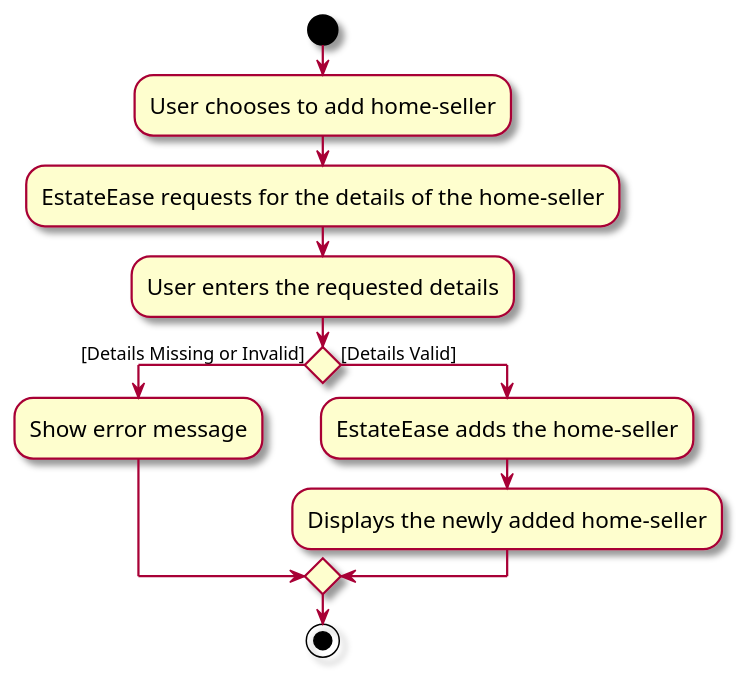
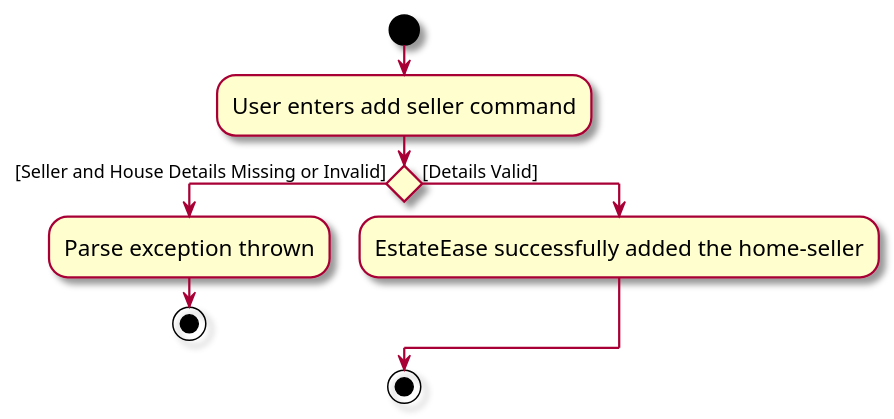
Before and after one commit to lokidoki102/tp: the diagram in docs/diagrams/AddSellerActivityDiagram.puml, drawn with PlantUML. The commit also changed 5 other files, not shown here.

Commit message:
Update Developer Diagram

```diff
--- a/docs/diagrams/AddSellerActivityDiagram.puml
+++ b/docs/diagrams/AddSellerActivityDiagram.puml
@@ -1,18 +1,16 @@
 @startuml
 skin rose
 skinparam ActivityFontSize 15
 skinparam ArrowFontSize 12
 start
-:User chooses to add home-seller;
-:EstateEase requests for the details of the home-seller;
-:User enters the requested details;
+:User enters add seller command;
 
-if () then ([Details Missing or Invalid])
-    :Show error message;
+if () then ([Seller and House Details Missing or Invalid])
+    :Parse exception thrown;
+    stop
 else ([Details Valid])
-    :EstateEase adds the home-seller;
-    :Displays the newly added home-seller;
+    :EstateEase successfully added the home-seller;
 endif
 
 stop
 @enduml
```
